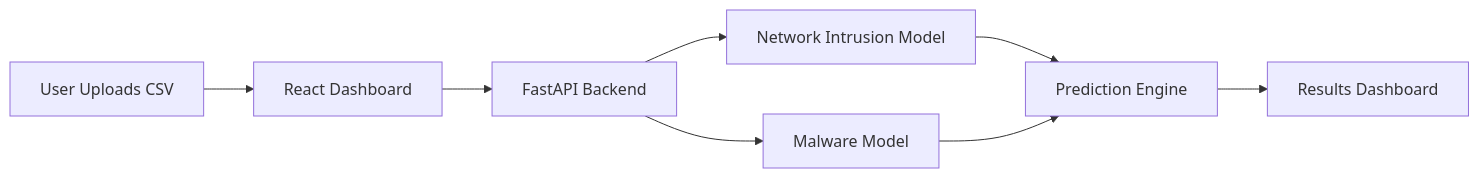
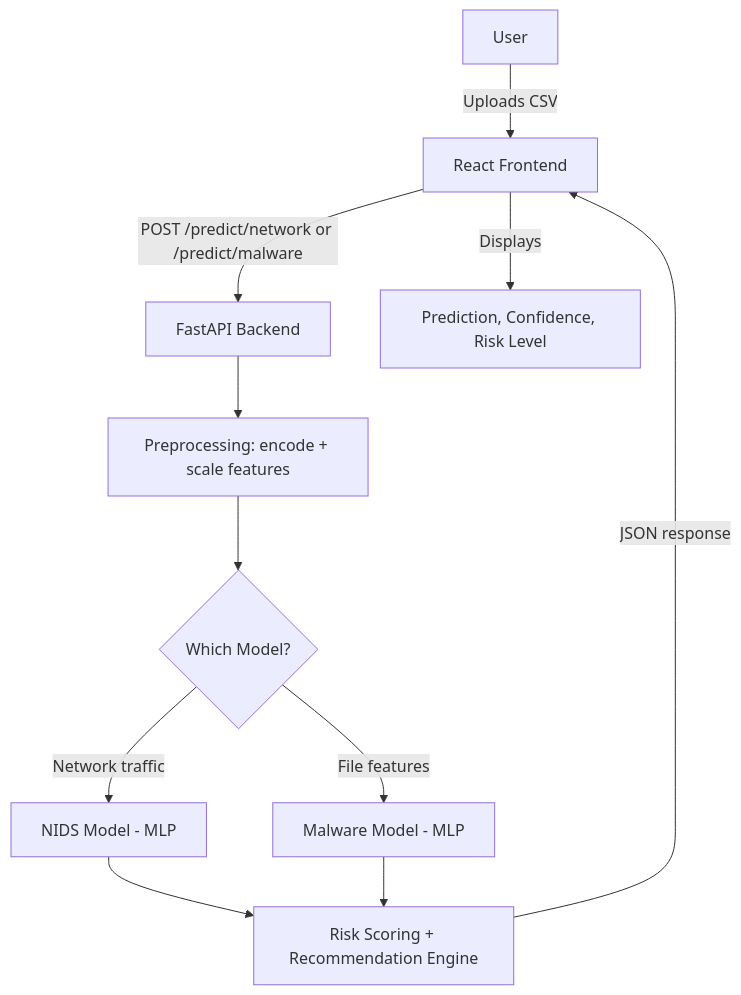
The diagram in README.md (AdityasagarR123/Sentra), drawn with Mermaid before and after one commit. The commit also changed other lines of this file, not shown here.

````diff
--- a/README.md
+++ b/README.md
@@ -122,19 +60,13 @@
 ```mermaid
-graph LR
-
-A[User Uploads CSV]
-B[React Dashboard]
-C[FastAPI Backend]
-D[Network Intrusion Model]
-E[Malware Model]
-F[Prediction Engine]
-G[Results Dashboard]
-
-A --> B
-B --> C
-C --> D
-C --> E
-D --> F
-E --> F
-F --> G
+flowchart TD
+    A[User] -->|Uploads CSV| B[React Frontend]
+    B -->|POST /predict/network or /predict/malware| C[FastAPI Backend]
+    C --> D[Preprocessing: encode + scale features]
+    D --> E{Which Model?}
+    E -->|Network traffic| F[NIDS Model - MLP]
+    E -->|File features| G[Malware Model - MLP]
+    F --> H[Risk Scoring + Recommendation Engine]
+    G --> H
+    H -->|JSON response| B
+    B -->|Displays| I[Prediction, Confidence, Risk Level]
 ```
````
